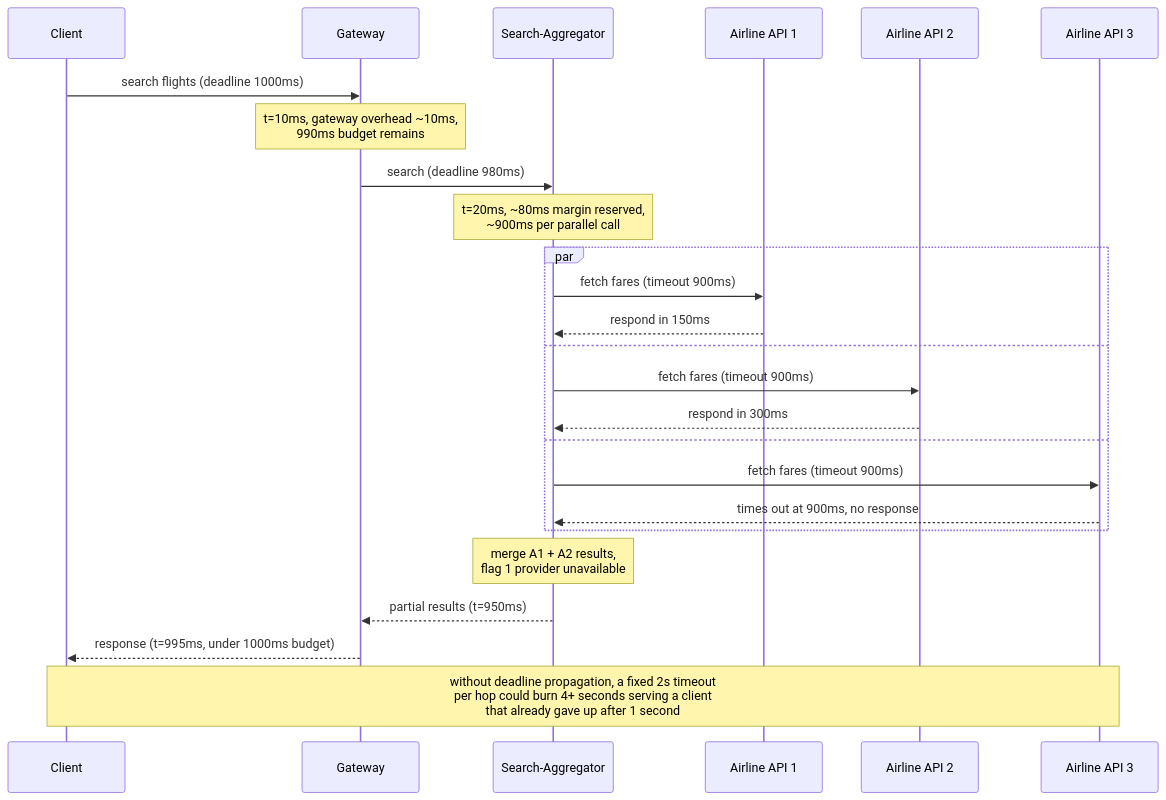
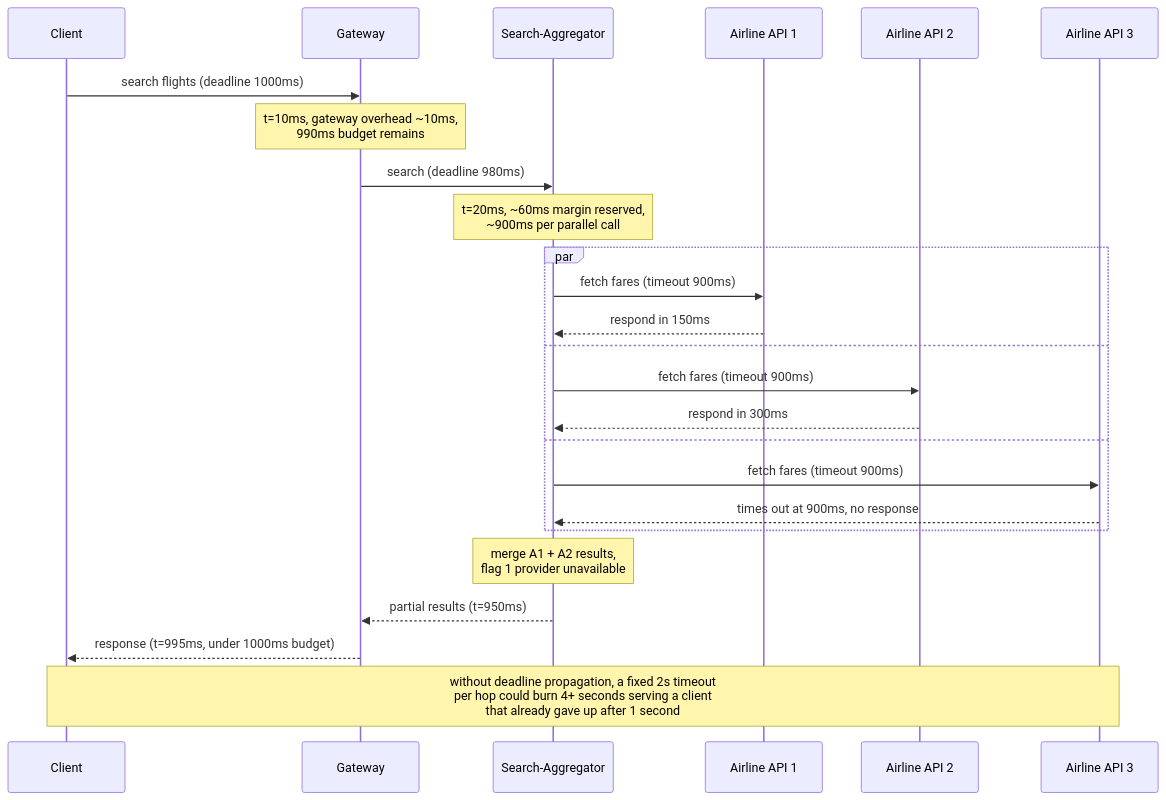
One commit to rppol/system-design changed the seventh of 11 diagrams in src/main/java/com/rutik/systemdesign/hld/resilience_patterns/README.md. Above: the diagram before and after it, drawn with Mermaid. The commit also changed other lines of this file and 3 other files, not shown here.

````diff
--- a/src/main/java/com/rutik/systemdesign/hld/resilience_patterns/README.md
+++ b/src/main/java/com/rutik/systemdesign/hld/resilience_patterns/README.md
@@ -413,28 +413,28 @@
 ```mermaid
 sequenceDiagram
     participant Cl as Client
     participant GW as Gateway
     participant AG as Search-Aggregator
     participant A1 as Airline API 1
     participant A2 as Airline API 2
     participant A3 as Airline API 3
 
     Cl->>GW: search flights (deadline 1000ms)
     Note over GW: t=10ms, gateway overhead ~10ms,<br/>990ms budget remains
     GW->>AG: search (deadline 980ms)
-    Note over AG: t=20ms, ~80ms margin reserved,<br/>~900ms per parallel call
+    Note over AG: t=20ms, ~60ms margin reserved,<br/>~900ms per parallel call
     par
         AG->>A1: fetch fares (timeout 900ms)
         A1-->>AG: respond in 150ms
     and
         AG->>A2: fetch fares (timeout 900ms)
         A2-->>AG: respond in 300ms
     and
         AG->>A3: fetch fares (timeout 900ms)
         A3-->>AG: times out at 900ms, no response
     end
     Note over AG: merge A1 + A2 results,<br/>flag 1 provider unavailable
     AG-->>GW: partial results (t=950ms)
     GW-->>Cl: response (t=995ms, under 1000ms budget)
     Note over Cl,A3: without deadline propagation, a fixed 2s timeout<br/>per hop could burn 4+ seconds serving a client<br/>that already gave up after 1 second
 ```
````
